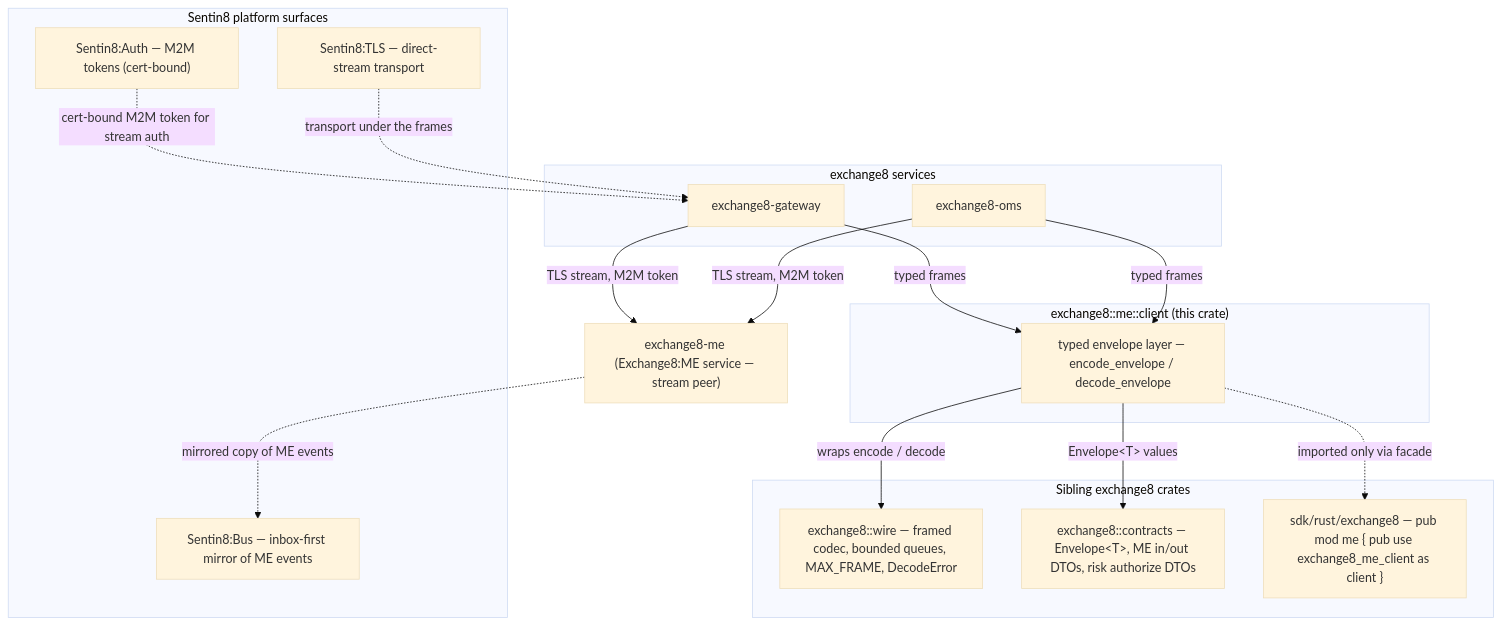
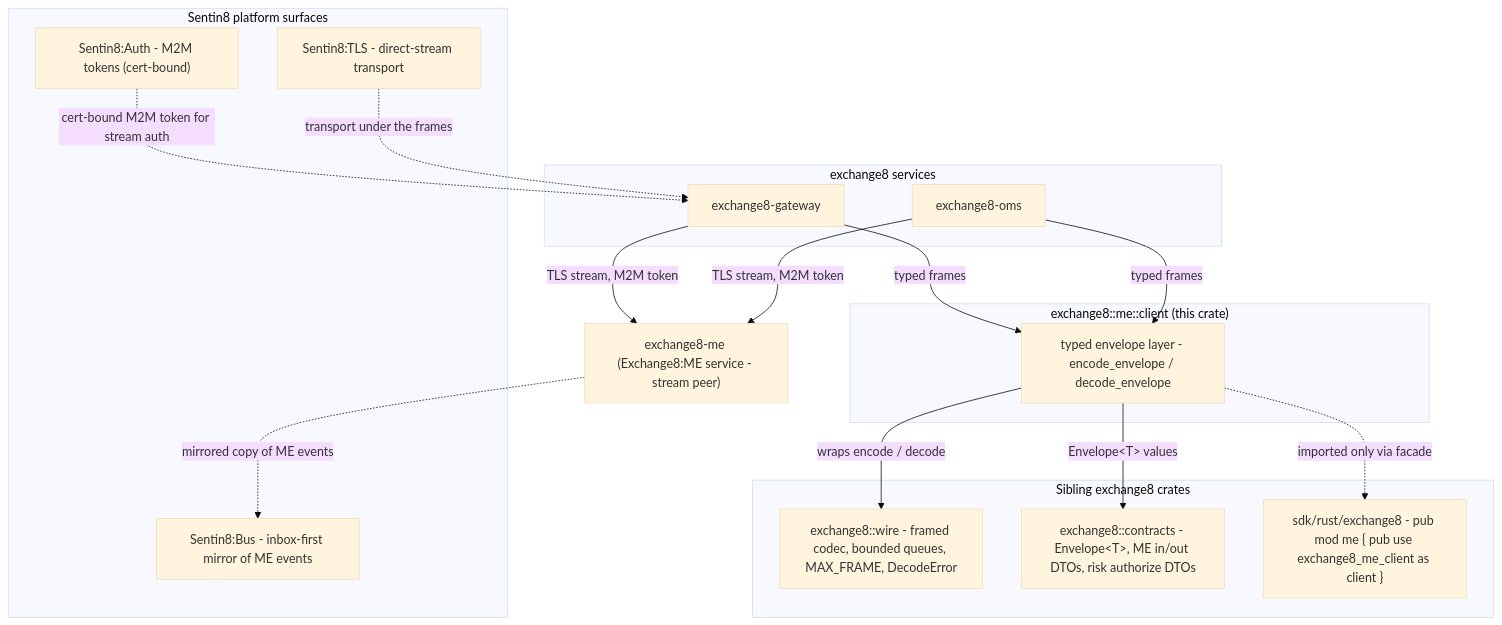
The first of 7 diagrams in crates/me/client/DESIGN.md (Exchange8-dev/exchange8-sdk), drawn with Mermaid (base theme) before and after one commit. The commit also changed other lines of this file and 60 other files, not shown here.

````diff
--- a/crates/me/client/DESIGN.md
+++ b/crates/me/client/DESIGN.md
@@ -31,36 +31,36 @@
 ```mermaid
 graph TD
     subgraph PLATFORM["Sentin8 platform surfaces"]
-        AUTH["Sentin8:Auth — M2M tokens (cert-bound)"]
-        TLS["Sentin8:TLS — direct-stream transport"]
-        BUS["Sentin8:Bus — inbox-first mirror of ME events"]
+        AUTH["Sentin8:Auth - M2M tokens (cert-bound)"]
+        TLS["Sentin8:TLS - direct-stream transport"]
+        BUS["Sentin8:Bus - inbox-first mirror of ME events"]
     end
 
     subgraph CONSUMERS["exchange8 services"]
         GW["exchange8-gateway"]
         OMS["exchange8-oms"]
     end
 
     subgraph CRATE["exchange8::me::client (this crate)"]
-        TYPED["typed envelope layer — encode_envelope / decode_envelope"]
+        TYPED["typed envelope layer - encode_envelope / decode_envelope"]
     end
 
     subgraph SIBLINGS["Sibling exchange8 crates"]
-        WIRE["exchange8::wire — framed codec, bounded queues, MAX_FRAME, DecodeError"]
-        CONTRACTS["exchange8::contracts — Envelope&lt;T&gt;, ME in/out DTOs, risk authorize DTOs"]
-        FACADE["sdk/rust/exchange8 — pub mod me { pub use exchange8_me_client as client }"]
+        WIRE["exchange8::wire - framed codec, bounded queues, MAX_FRAME, DecodeError"]
+        CONTRACTS["exchange8::contracts - Envelope&lt;T&gt;, ME in/out DTOs, risk authorize DTOs"]
+        FACADE["sdk/rust/exchange8 - pub mod me { pub use exchange8_me_client as client }"]
     end
 
-    ME["exchange8-me (Exchange8:ME service — stream peer)"]
+    ME["exchange8-me (Exchange8:ME service - stream peer)"]
 
     GW -- "typed frames" --> TYPED
     OMS -- "typed frames" --> TYPED
     TYPED -- "wraps encode / decode" --> WIRE
     TYPED -- "Envelope&lt;T&gt; values" --> CONTRACTS
     GW -- "TLS stream, M2M token" --> ME
     OMS -- "TLS stream, M2M token" --> ME
     AUTH -. "cert-bound M2M token for stream auth" .-> GW
     TLS -. "transport under the frames" .-> GW
     ME -. "mirrored copy of ME events" .-> BUS
     TYPED -. "imported only via facade" .-> FACADE
 ```
````
